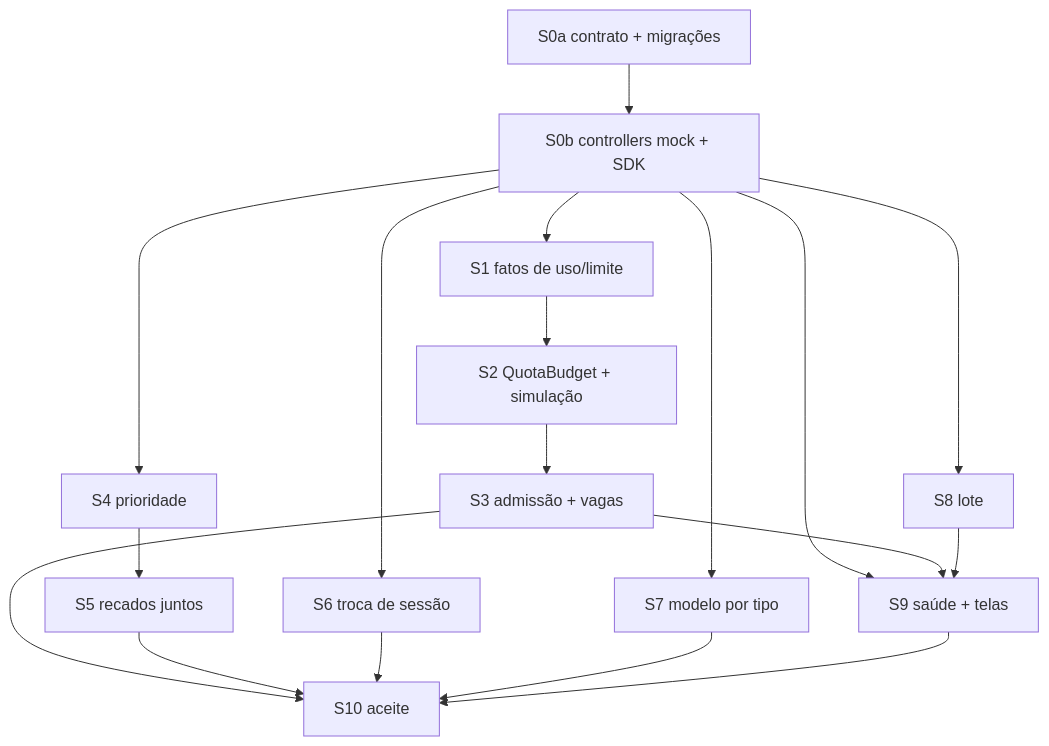
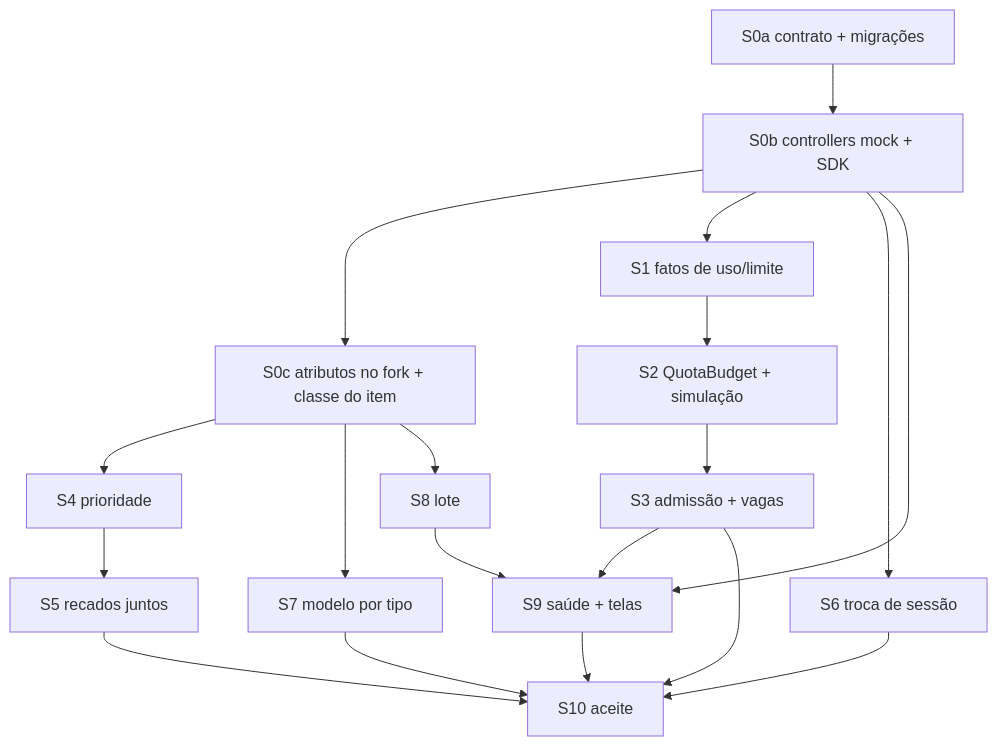
Before and after one commit to gabriellst/codm: the diagram in .plans/2026-11-19-fase-4-vazao.md, drawn with Mermaid. The commit also changed other lines of this file and 1 other file, not shown here.

First line of the commit message:
docs(plan,spec): fase 4 — S0c dono único dos atributos da tarefa e da classe do item

````diff
--- a/.plans/2026-11-19-fase-4-vazao.md
+++ b/.plans/2026-11-19-fase-4-vazao.md
@@ -57,20 +58,21 @@
 ```mermaid
 graph TD
   S0a[S0a contrato + migrações] --> S0b[S0b controllers mock + SDK]
+  S0b --> S0c[S0c atributos no fork + classe do item]
   S0b --> S1[S1 fatos de uso/limite]
   S1 --> S2[S2 QuotaBudget + simulação]
   S2 --> S3[S3 admissão + vagas]
-  S0b --> S4[S4 prioridade]
+  S0c --> S4[S4 prioridade]
   S4 --> S5[S5 recados juntos]
   S0b --> S6[S6 troca de sessão]
-  S0b --> S7[S7 modelo por tipo]
-  S0b --> S8[S8 lote]
+  S0c --> S7[S7 modelo por tipo]
+  S0c --> S8[S8 lote]
   S0b --> S9[S9 saúde + telas]
   S3 --> S9
   S8 --> S9
   S3 --> S10[S10 aceite]
   S5 --> S10
   S6 --> S10
   S7 --> S10
   S9 --> S10
 ```
````
